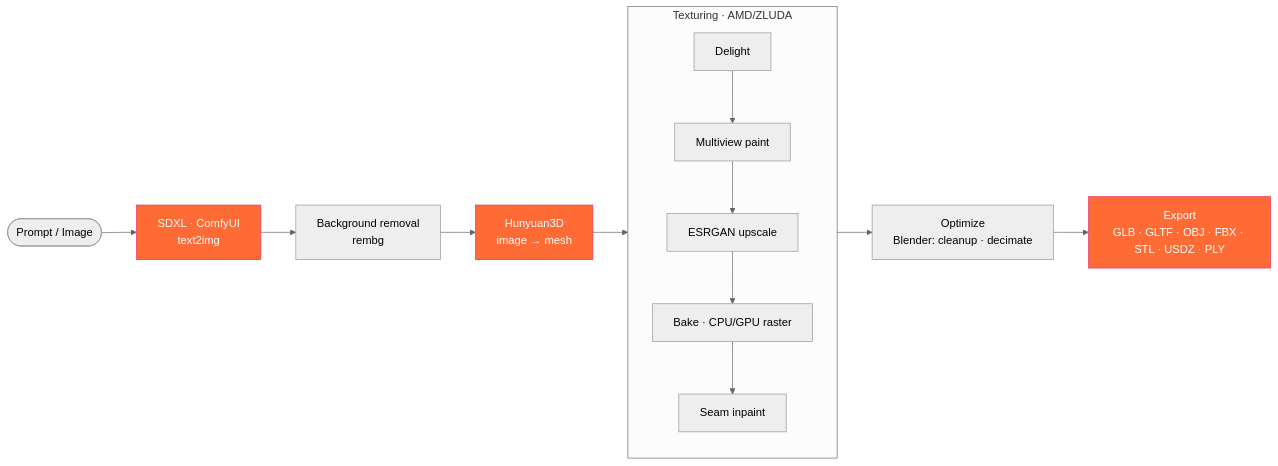
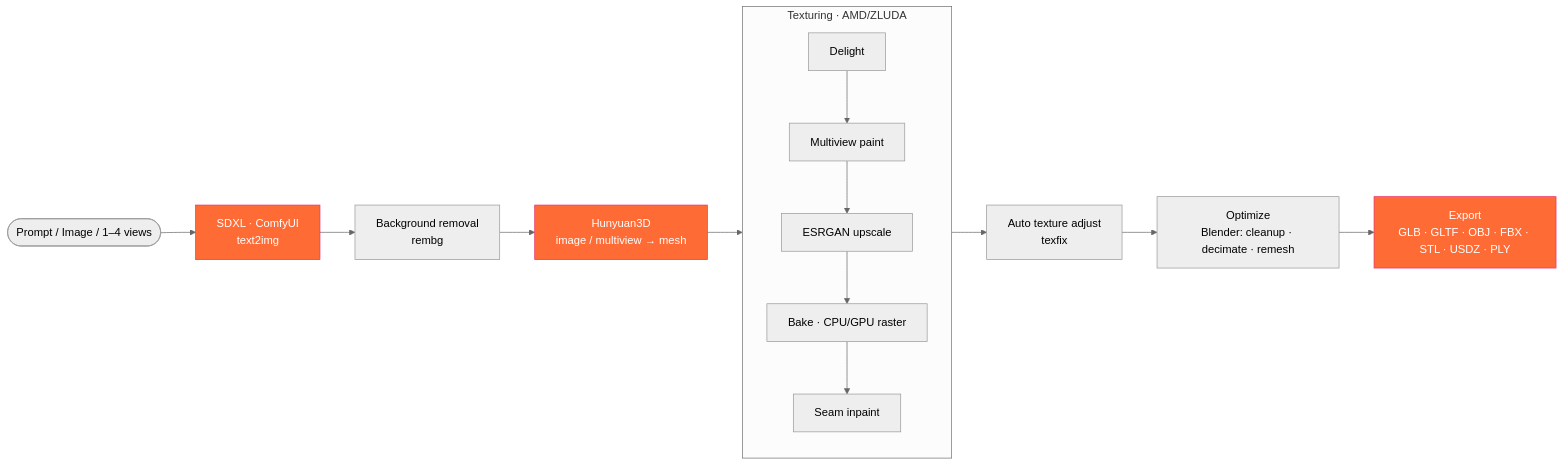
One commit to SnoWz96x/meshforge changed the first of 2 diagrams in README.md. Above: the diagram before and after it, drawn with Mermaid (neutral theme). The commit also changed other lines of this file and 5 other files, not shown here.

````diff
--- a/README.md
+++ b/README.md
@@ -67,18 +75,19 @@
 ```mermaid
 flowchart LR
-    P([Prompt / Image]) --> SDXL[SDXL · ComfyUI<br/>text2img]
+    P([Prompt / Image / 1–4 views]) --> SDXL[SDXL · ComfyUI<br/>text2img]
     SDXL --> BG[Background removal<br/>rembg]
-    BG --> H3D[Hunyuan3D<br/>image → mesh]
+    BG --> H3D[Hunyuan3D<br/>image / multiview → mesh]
     H3D --> TX
 
     subgraph TX [Texturing · AMD/ZLUDA]
       direction TB
       D[Delight] --> PT[Multiview paint] --> UP[ESRGAN upscale] --> BK[Bake · CPU/GPU raster] --> IN[Seam inpaint]
     end
 
-    TX --> OPT[Optimize<br/>Blender: cleanup · decimate]
+    TX --> AX[Auto texture adjust<br/>texfix]
+    AX --> OPT[Optimize<br/>Blender: cleanup · decimate · remesh]
     OPT --> EX[Export<br/>GLB · GLTF · OBJ · FBX · STL · USDZ · PLY]
 
     classDef hot fill:#FF6B35,stroke:#E8336D,color:#fff;
     class SDXL,H3D,EX hot;
 ```
````
